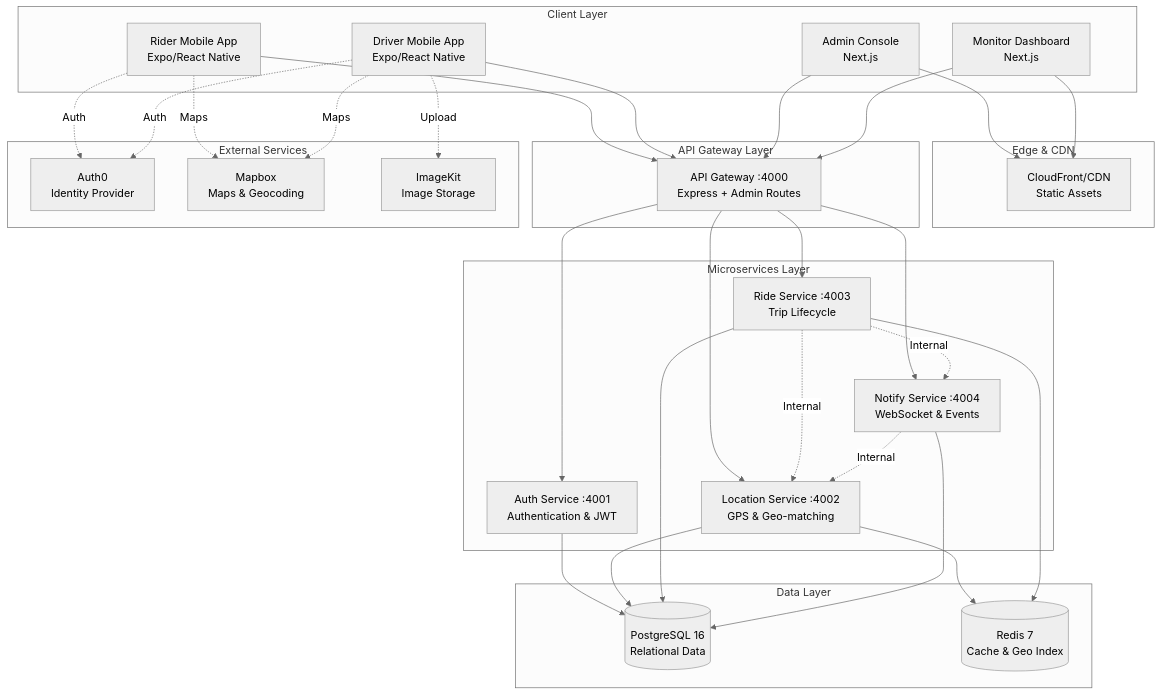
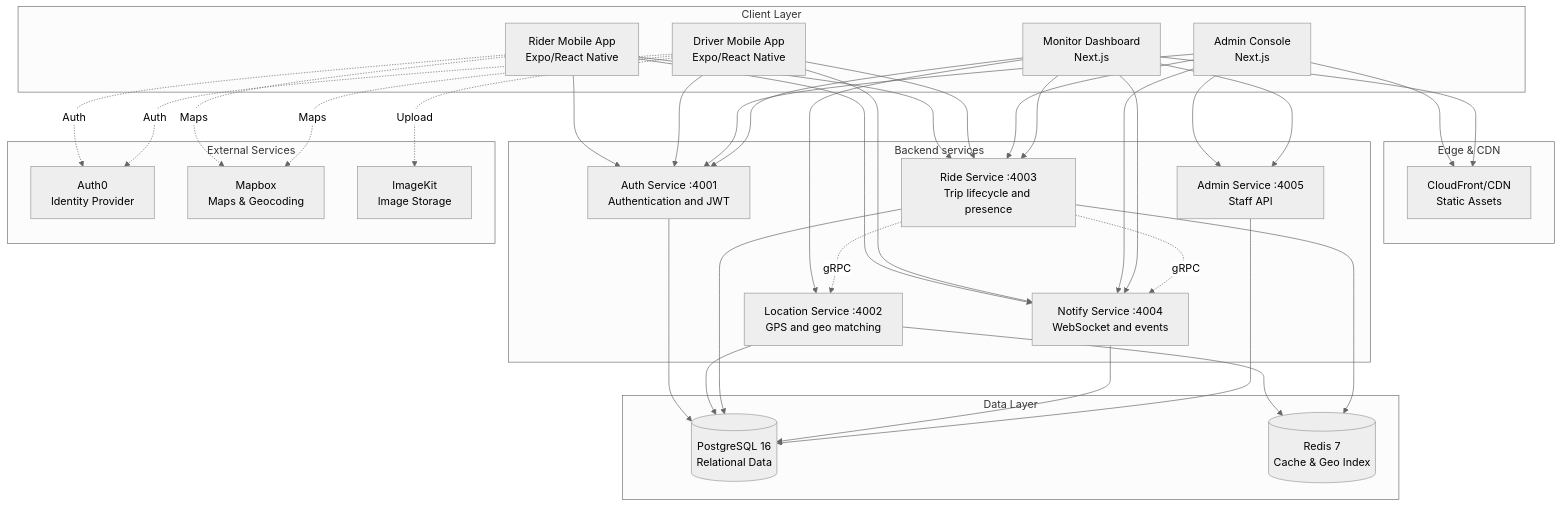
One commit to 13x54n/Eve changed the first of 11 diagrams in ARCHITECTURE.md. Above: the diagram before and after it, drawn with Mermaid (neutral theme). The commit also changed other lines of this file and 125 other files, not shown here.

Commit message:
Remove the HTTP gateway and document the five-service alpha stack.

````diff
--- a/ARCHITECTURE.md
+++ b/ARCHITECTURE.md
@@ -34,65 +34,68 @@
 ```mermaid
 graph TB
     subgraph Clients["Client Layer"]
         RiderApp[Rider Mobile App<br/>Expo/React Native]
         DriverApp[Driver Mobile App<br/>Expo/React Native]
         AdminWeb[Admin Console<br/>Next.js]
         MonitorWeb[Monitor Dashboard<br/>Next.js]
     end
 
     subgraph CDN["Edge & CDN"]
         CF[CloudFront/CDN<br/>Static Assets]
     end
 
-    subgraph API["API Gateway Layer"]
-        GW[API Gateway :4000<br/>Express + Admin Routes]
-    end
-
-    subgraph Services["Microservices Layer"]
-        Auth[Auth Service :4001<br/>Authentication & JWT]
-        Location[Location Service :4002<br/>GPS & Geo-matching]
-        Ride[Ride Service :4003<br/>Trip Lifecycle]
-        Notify[Notify Service :4004<br/>WebSocket & Events]
+    subgraph API["Backend services"]
+        Auth[Auth Service :4001<br/>Authentication and JWT]
+        Location[Location Service :4002<br/>GPS and geo matching]
+        Ride[Ride Service :4003<br/>Trip lifecycle and presence]
+        Notify[Notify Service :4004<br/>WebSocket and events]
+        AdminApi[Admin Service :4005<br/>Staff API]
     end
 
     subgraph DataLayer["Data Layer"]
         PG[(PostgreSQL 16<br/>Relational Data)]
         Redis[(Redis 7<br/>Cache & Geo Index)]
     end
 
     subgraph External["External Services"]
         Auth0[Auth0<br/>Identity Provider]
         Mapbox[Mapbox<br/>Maps & Geocoding]
         ImageKit[ImageKit<br/>Image Storage]
     end
 
-    RiderApp --> GW
-    DriverApp --> GW
-    AdminWeb --> GW
-    MonitorWeb --> GW
-
-    GW --> Auth
-    GW --> Location
-    GW --> Ride
-    GW --> Notify
+    RiderApp --> Auth
+    RiderApp --> Ride
+    RiderApp --> Notify
+    DriverApp --> Auth
+    DriverApp --> Ride
+    DriverApp --> Notify
+    AdminWeb --> Auth
+    AdminWeb --> AdminApi
+    AdminWeb --> Ride
+    AdminWeb --> Notify
+    MonitorWeb --> Auth
+    MonitorWeb --> Location
+    MonitorWeb --> Ride
+    MonitorWeb --> Notify
+    MonitorWeb --> AdminApi
 
     Auth --> PG
     Location --> PG
     Location --> Redis
     Ride --> PG
     Ride --> Redis
     Notify --> PG
 
-    Ride -.Internal.-> Location
-    Ride -.Internal.-> Notify
-    Notify -.Internal.-> Location
+    Ride -.gRPC.-> Location
+    Ride -.gRPC.-> Notify
+    AdminApi --> PG
 
     RiderApp -.Auth.-> Auth0
     DriverApp -.Auth.-> Auth0
     RiderApp -.Maps.-> Mapbox
     DriverApp -.Maps.-> Mapbox
     DriverApp -.Upload.-> ImageKit
 
     AdminWeb --> CF
     MonitorWeb --> CF
 ```
````
